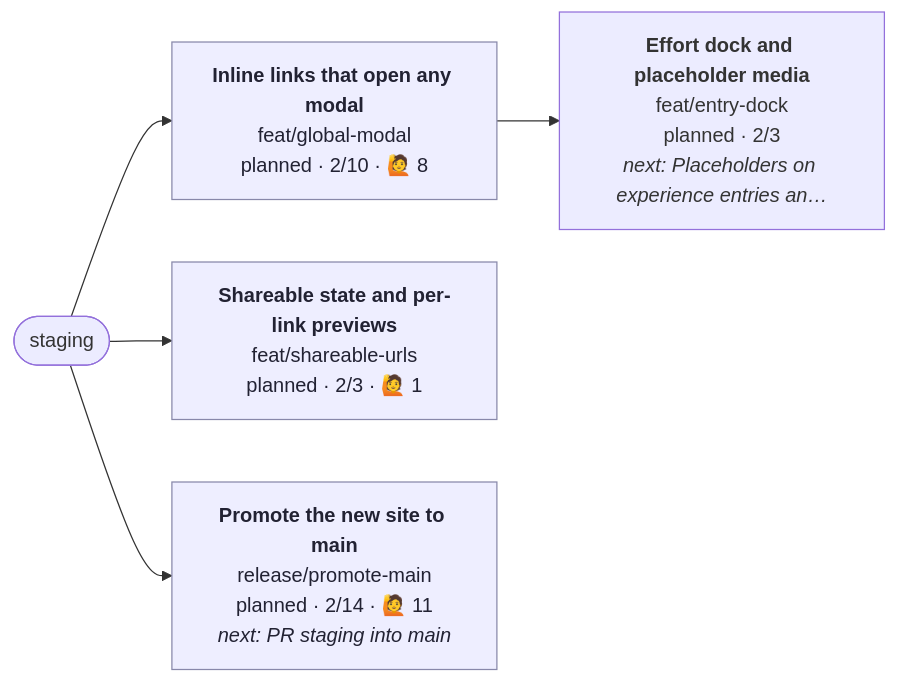
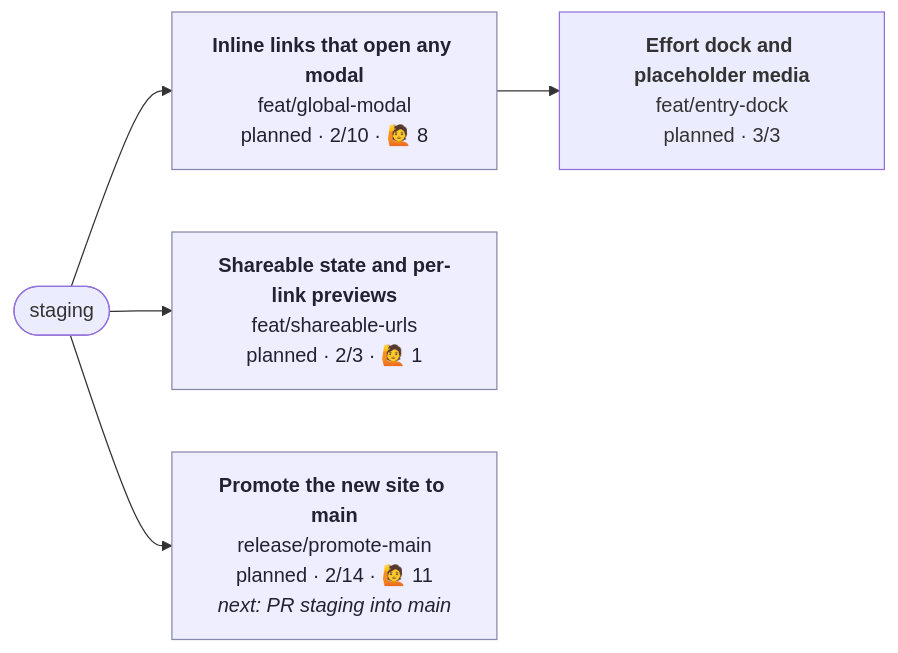
Before and after one commit to henryjonescodes/portfolio: the diagram in CONTRIBUTING.md, drawn with Mermaid. The commit also changed other lines of this file, not shown here.

````diff
--- a/CONTRIBUTING.md
+++ b/CONTRIBUTING.md
@@ -5,21 +5,21 @@
 ```mermaid
 flowchart LR
   n_staging([staging])
-  n_feat_entry_dock["<b>Effort dock and placeholder media</b><br/>feat/entry-dock<br/>planned · 2/3<br/><i>next: Placeholders on experience entries an…</i>"]
+  n_feat_entry_dock["<b>Effort dock and placeholder media</b><br/>feat/entry-dock<br/>planned · 3/3"]
   class n_feat_entry_dock planned,current
   n_feat_global_modal --> n_feat_entry_dock
   n_feat_global_modal["<b>Inline links that open any modal</b><br/>feat/global-modal<br/>planned · 2/10 · 🙋 8"]
   class n_feat_global_modal planned
   n_staging --> n_feat_global_modal
   n_feat_shareable_urls["<b>Shareable state and per-link previews</b><br/>feat/shareable-urls<br/>planned · 2/3 · 🙋 1"]
   class n_feat_shareable_urls planned
   n_staging --> n_feat_shareable_urls
   n_release_promote_main["<b>Promote the new site to main</b><br/>release/promote-main<br/>planned · 2/14 · 🙋 11<br/><i>next: PR staging into main</i>"]
   class n_release_promote_main planned
   n_staging --> n_release_promote_main
   classDef planned fill:#eef,stroke:#88a,color:#223
   classDef active fill:#dfd,stroke:#3a3,stroke-width:3px,color:#132
   classDef blocked fill:#fdd,stroke:#c33,color:#311
   classDef review fill:#ffd,stroke:#cc3,color:#331
   classDef current stroke:#06c,stroke-width:4px
 ```
````
